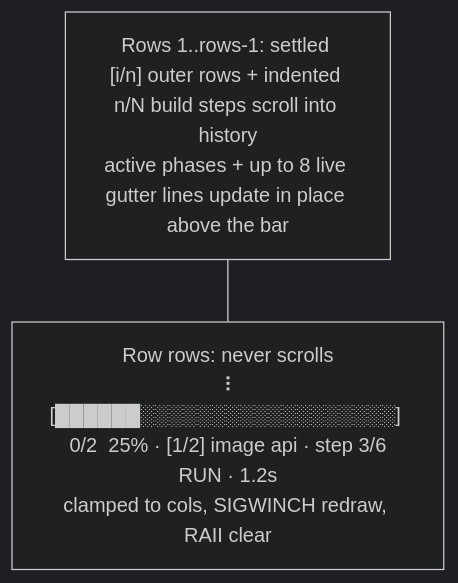
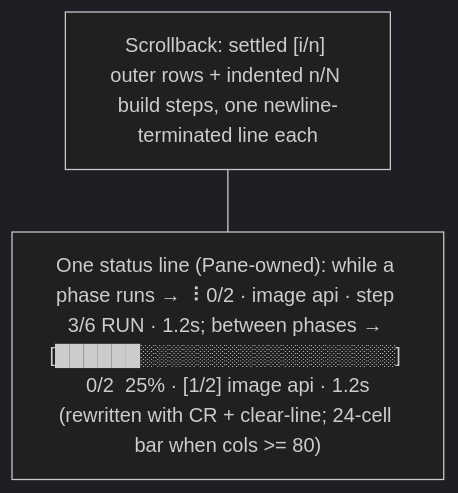
The second of 3 diagrams in specs/02-cli-ux.md (OffworldNexus/slipfork), drawn with Mermaid (dark theme) before and after one commit. The commit also changed other lines of this file and 6 other files, not shown here.

````diff
--- a/specs/02-cli-ux.md
+++ b/specs/02-cli-ux.md
@@ -151,6 +151,6 @@
 ```mermaid
 flowchart TD
-  Region["Rows 1..rows-1: settled [i/n] outer rows + indented n/N build steps scroll into history<br/>active phases + up to 8 live gutter lines update in place above the bar"]
-  Panel["Row rows: never scrolls<br/>⠸ [██████░░░░░░░░░░░░░░░░░░]  0/2  25% · [1/2] image api · step 3/6 RUN · 1.2s<br/>clamped to cols, SIGWINCH redraw, RAII clear"]
-  Region --- Panel
+  Scroll["Scrollback: settled [i/n] outer rows + indented n/N build steps, one newline-terminated line each"]
+  Status["One status line (Pane-owned): while a phase runs → ⠸ 0/2 · image api · step 3/6 RUN · 1.2s; between phases → [██████░░░░░░░░░░░░░░░░░░]  0/2  25% · [1/2] image api · 1.2s (rewritten with CR + clear-line; 24-cell bar when cols >= 80)"]
+  Scroll --- Status
 ```
````
